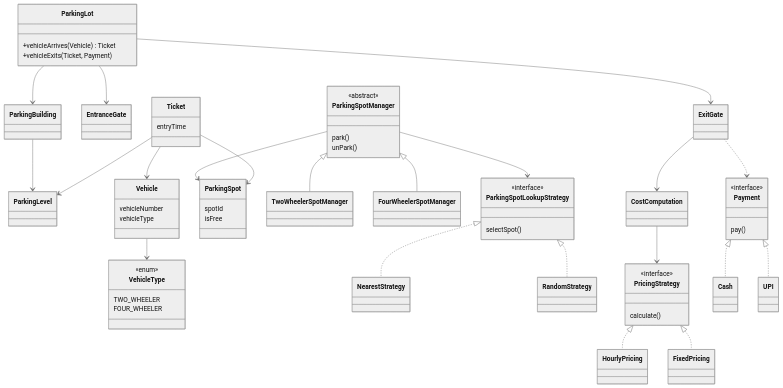
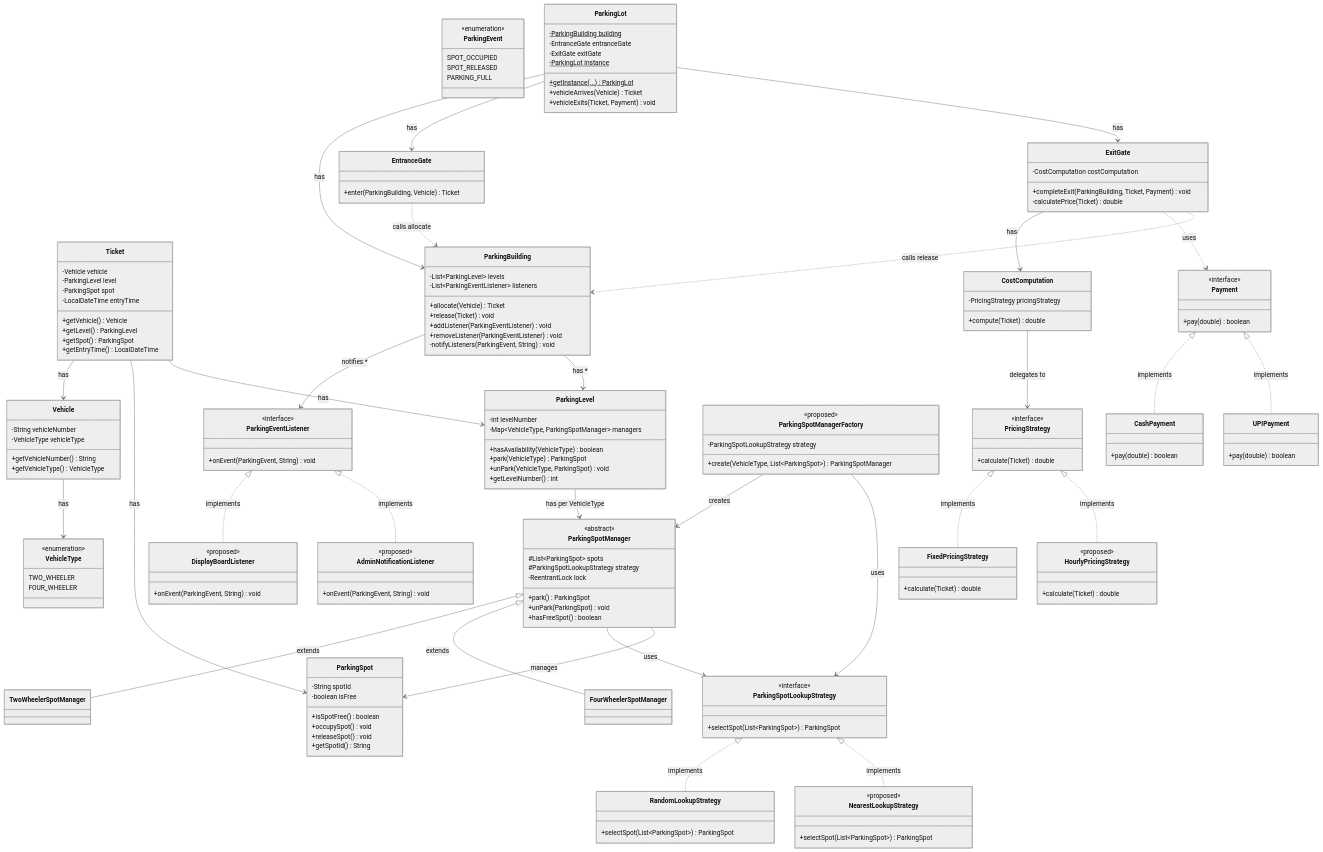
One commit to puja081/DesignPattern changed the diagram in src/main/java/com/design/practice/mermaid.md. Above: the diagram before and after it, drawn with Mermaid (neutral theme). The commit also changed 1 other file, not shown here.

Commit message:
add new file

````diff
--- a/src/main/java/com/design/practice/mermaid.md
+++ b/src/main/java/com/design/practice/mermaid.md
@@ -2,105 +2,246 @@
 classDiagram
     direction TB
 
-    %% ========= CORE =========
-    class ParkingLot {
-        +vehicleArrives(Vehicle) Ticket
-        +vehicleExits(Ticket, Payment)
-    }
-
-    class ParkingBuilding
-    class ParkingLevel
-
-    class EntranceGate
-    class ExitGate
-
-    ParkingLot --> ParkingBuilding
-    ParkingLot --> EntranceGate
-    ParkingLot --> ExitGate
-    ParkingBuilding --> ParkingLevel
-
-    %% ========= VEHICLE =========
-    class Vehicle {
-        vehicleNumber
-        vehicleType
-    }
-
+    %% ========================
+    %% ENUMS
+    %% ========================
     class VehicleType {
-        <<enum>>
+        <<enumeration>>
         TWO_WHEELER
         FOUR_WHEELER
     }
 
-    Vehicle --> VehicleType
-
-    %% ========= PARKING =========
-    class ParkingSpot {
-        spotId
-        isFree
+    class ParkingEvent {
+        <<enumeration>>
+        SPOT_OCCUPIED
+        SPOT_RELEASED
+        PARKING_FULL
     }
 
+    %% ========================
+    %% ENTITIES
+    %% ========================
+    class Vehicle {
+        -String vehicleNumber
+        -VehicleType vehicleType
+        +getVehicleNumber() String
+        +getVehicleType() VehicleType
+    }
+
+    class ParkingSpot {
+        -String spotId
+        -boolean isFree
+        +isSpotFree() boolean
+        +occupySpot() void
+        +releaseSpot() void
+        +getSpotId() String
+    }
+
+    class Ticket {
+        -Vehicle vehicle
+        -ParkingLevel level
+        -ParkingSpot spot
+        -LocalDateTime entryTime
+        +getVehicle() Vehicle
+        +getLevel() ParkingLevel
+        +getSpot() ParkingSpot
+        +getEntryTime() LocalDateTime
+    }
+
+    %% ========================
+    %% STRATEGY: Spot Lookup
+    %% ========================
+    class ParkingSpotLookupStrategy {
+        <<interface>>
+        +selectSpot(List~ParkingSpot~) ParkingSpot
+    }
+
+    class RandomLookupStrategy {
+        +selectSpot(List~ParkingSpot~) ParkingSpot
+    }
+
+    class NearestLookupStrategy {
+        <<proposed>>
+        +selectSpot(List~ParkingSpot~) ParkingSpot
+    }
+
+    %% ========================
+    %% STRATEGY: Pricing
+    %% ========================
+    class PricingStrategy {
+        <<interface>>
+        +calculate(Ticket) double
+    }
+
+    class FixedPricingStrategy {
+        +calculate(Ticket) double
+    }
+
+    class HourlyPricingStrategy {
+        <<proposed>>
+        +calculate(Ticket) double
+    }
+
+    class CostComputation {
+        -PricingStrategy pricingStrategy
+        +compute(Ticket) double
+    }
+
+    %% ========================
+    %% STRATEGY: Payment
+    %% ========================
+    class Payment {
+        <<interface>>
+        +pay(double) boolean
+    }
+
+    class CashPayment {
+        +pay(double) boolean
+    }
+
+    class UPIPayment {
+        +pay(double) boolean
+    }
+
+    %% ========================
+    %% TEMPLATE METHOD: Spot Managers
+    %% ========================
     class ParkingSpotManager {
         <<abstract>>
-        park()
-        unPark()
+        #List~ParkingSpot~ spots
+        #ParkingSpotLookupStrategy strategy
+        -ReentrantLock lock
+        +park() ParkingSpot
+        +unPark(ParkingSpot) void
+        +hasFreeSpot() boolean
     }
 
-    class TwoWheelerSpotManager
-    class FourWheelerSpotManager
-
-    ParkingSpotManager <|-- TwoWheelerSpotManager
-    ParkingSpotManager <|-- FourWheelerSpotManager
-    ParkingSpotManager --> ParkingSpot
-
-    %% ========= STRATEGY: SPOT =========
-    class ParkingSpotLookupStrategy {
-        <<interface>>
-        selectSpot()
+    class TwoWheelerSpotManager {
     }
 
-    class NearestStrategy
-    class RandomStrategy
-
-    ParkingSpotLookupStrategy <|.. NearestStrategy
-    ParkingSpotLookupStrategy <|.. RandomStrategy
-    ParkingSpotManager --> ParkingSpotLookupStrategy
-
-    %% ========= TICKET =========
-    class Ticket {
-        entryTime
+    class FourWheelerSpotManager {
     }
 
-    Ticket --> Vehicle
-    Ticket --> ParkingSpot
-    Ticket --> ParkingLevel
-
-    %% ========= PRICING =========
-    class PricingStrategy {
-        <<interface>>
-        calculate()
+    %% ========================
+    %% FACTORY (proposed)
+    %% ========================
+    class ParkingSpotManagerFactory {
+        <<proposed>>
+        -ParkingSpotLookupStrategy strategy
+        +create(VehicleType, List~ParkingSpot~) ParkingSpotManager
     }
 
-    class HourlyPricing
-    class FixedPricing
-
-    PricingStrategy <|.. HourlyPricing
-    PricingStrategy <|.. FixedPricing
-
-    class CostComputation
-    CostComputation --> PricingStrategy
-
-    %% ========= PAYMENT =========
-    class Payment {
+    %% ========================
+    %% OBSERVER (proposed)
+    %% ========================
+    class ParkingEventListener {
         <<interface>>
-        pay()
+        <<proposed>>
+        +onEvent(ParkingEvent, String) void
     }
 
-    class Cash
-    class UPI
+    class DisplayBoardListener {
+        <<proposed>>
+        +onEvent(ParkingEvent, String) void
+    }
 
-    Payment <|.. Cash
-    Payment <|.. UPI
+    class AdminNotificationListener {
+        <<proposed>>
+        +onEvent(ParkingEvent, String) void
+    }
 
-    ExitGate --> CostComputation
-    ExitGate ..> Payment
+    %% ========================
+    %% CORE: Parking Lot System
+    %% ========================
+    class ParkingLot {
+        -ParkingBuilding building$
+        -EntranceGate entranceGate
+        -ExitGate exitGate
+        -ParkingLot instance$
+        +getInstance(...)$ ParkingLot
+        +vehicleArrives(Vehicle) Ticket
+        +vehicleExits(Ticket, Payment) void
+    }
+
+    class ParkingBuilding {
+        -List~ParkingLevel~ levels
+        -List~ParkingEventListener~ listeners
+        +allocate(Vehicle) Ticket
+        +release(Ticket) void
+        +addListener(ParkingEventListener) void
+        +removeListener(ParkingEventListener) void
+        -notifyListeners(ParkingEvent, String) void
+    }
+
+    class ParkingLevel {
+        -int levelNumber
+        -Map~VehicleType, ParkingSpotManager~ managers
+        +hasAvailability(VehicleType) boolean
+        +park(VehicleType) ParkingSpot
+        +unPark(VehicleType, ParkingSpot) void
+        +getLevelNumber() int
+    }
+
+    class EntranceGate {
+        +enter(ParkingBuilding, Vehicle) Ticket
+    }
+
+    class ExitGate {
+        -CostComputation costComputation
+        +completeExit(ParkingBuilding, Ticket, Payment) void
+        -calculatePrice(Ticket) double
+    }
+
+    %% ========================
+    %% RELATIONSHIPS
+    %% ========================
+
+    %% Ticket composition
+    Ticket --> Vehicle : has
+    Ticket --> ParkingSpot : has
+    Ticket --> ParkingLevel : has
+
+    %% Vehicle uses enum
+    Vehicle --> VehicleType : has
+
+    %% Strategy: Lookup
+    ParkingSpotLookupStrategy <|.. RandomLookupStrategy : implements
+    ParkingSpotLookupStrategy <|.. NearestLookupStrategy : implements
+
+    %% Strategy: Pricing
+    PricingStrategy <|.. FixedPricingStrategy : implements
+    PricingStrategy <|.. HourlyPricingStrategy : implements
+    CostComputation --> PricingStrategy : delegates to
+
+    %% Strategy: Payment
+    Payment <|.. CashPayment : implements
+    Payment <|.. UPIPayment : implements
+
+    %% Template Method: Managers
+    ParkingSpotManager <|-- TwoWheelerSpotManager : extends
+    ParkingSpotManager <|-- FourWheelerSpotManager : extends
+    ParkingSpotManager --> ParkingSpotLookupStrategy : uses
+    ParkingSpotManager --> ParkingSpot : manages
+
+    %% Factory
+    ParkingSpotManagerFactory --> ParkingSpotManager : creates
+    ParkingSpotManagerFactory --> ParkingSpotLookupStrategy : uses
+
+    %% Observer
+    ParkingEventListener <|.. DisplayBoardListener : implements
+    ParkingEventListener <|.. AdminNotificationListener : implements
+    ParkingBuilding --> ParkingEventListener : notifies *
+
+    %% Core system composition
+    ParkingLot --> ParkingBuilding : has
+    ParkingLot --> EntranceGate : has
+    ParkingLot --> ExitGate : has
+    ParkingBuilding --> ParkingLevel : has *
+    ParkingLevel --> ParkingSpotManager : has per VehicleType
+    ExitGate --> CostComputation : has
+    ExitGate ..> Payment : uses
+
+    %% Gate interactions
+    EntranceGate ..> ParkingBuilding : calls allocate
+    ExitGate ..> ParkingBuilding : calls release
 ```
````
